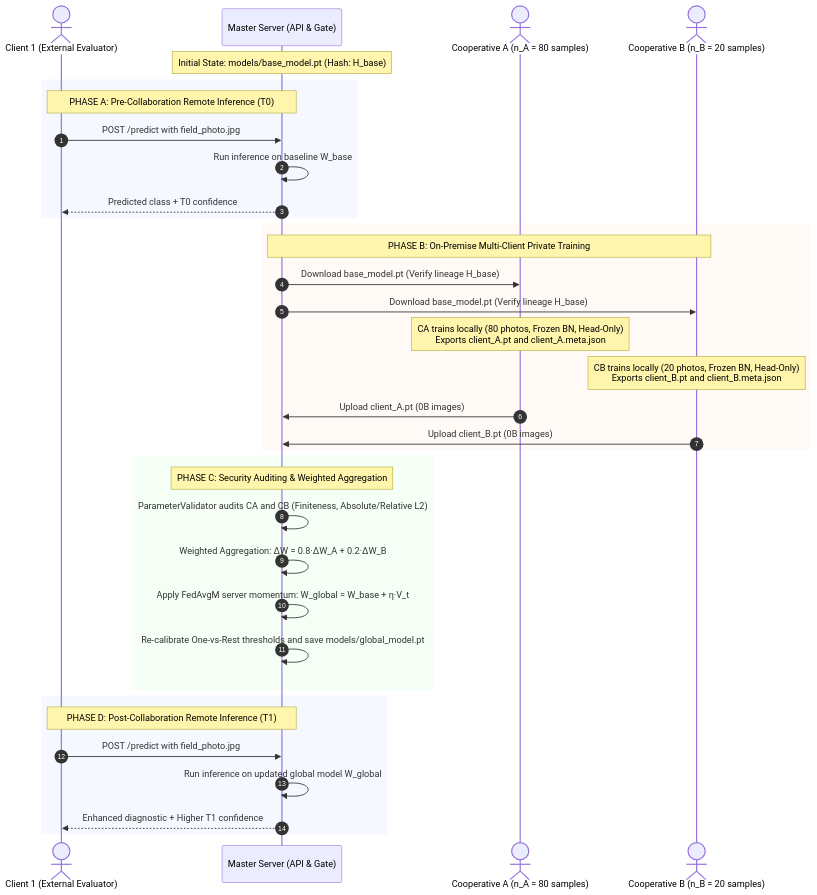
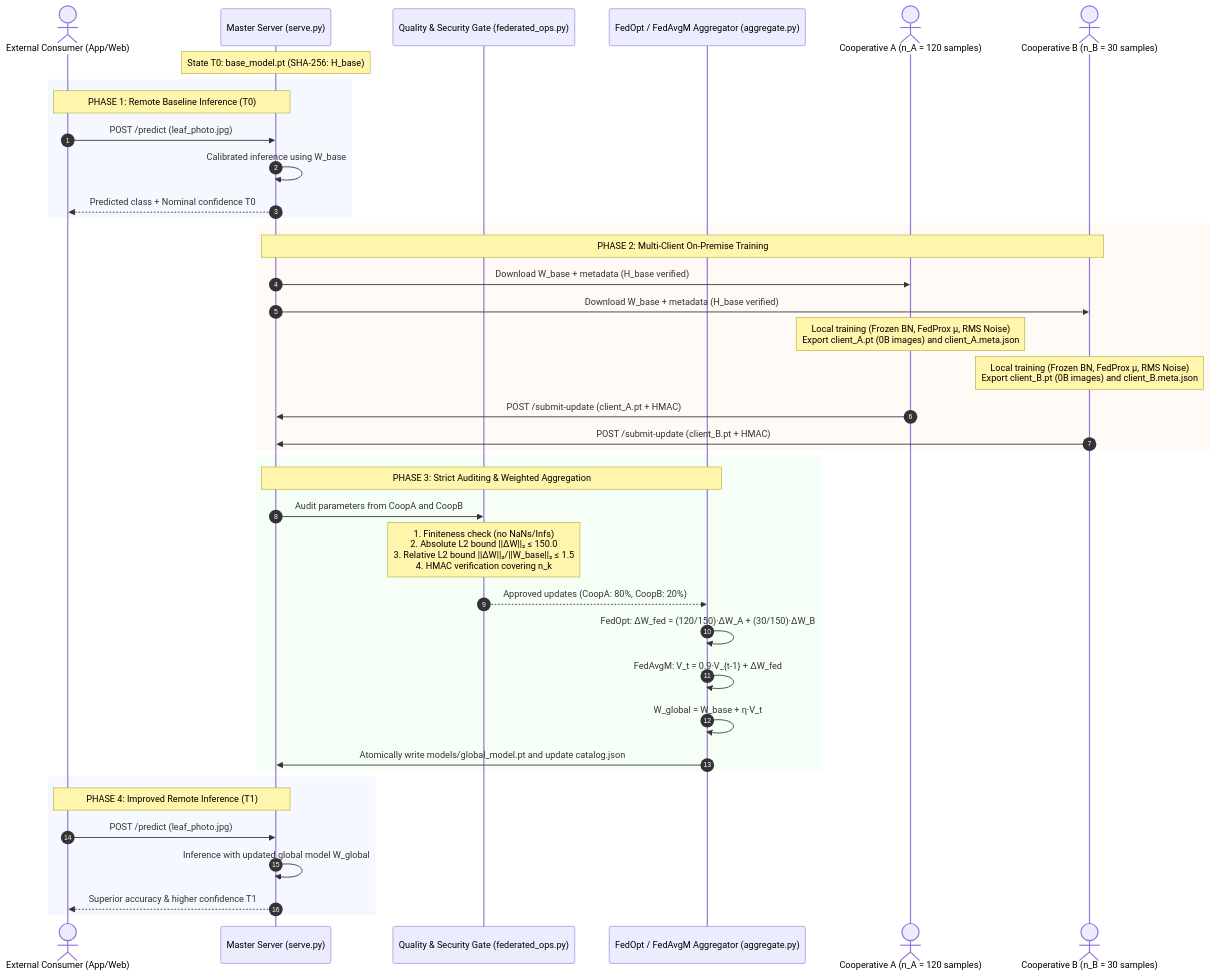
Before and after one commit to Diegodepab/AgriFed-khaos: the fourth of 5 diagrams in docs/architecture.en.md, drawn with Mermaid. The commit also changed other lines of this file and 26 other files, not shown here.

Commit message:
test: add integration test suites for multiplatform FL and update architecture docs

````diff
--- a/docs/architecture.en.md
+++ b/docs/architecture.en.md
@@ -168,42 +191,47 @@
 ```mermaid
 sequenceDiagram
     autonumber
-    actor C1 as Client 1 (External Evaluator)
-    participant Server as Master Server (API & Gate)
-    actor CA as Cooperative A (n_A = 80 samples)
-    actor CB as Cooperative B (n_B = 20 samples)
+    actor C_Ext as External Consumer (App/Web)
+    participant Master as Master Server (serve.py)
+    participant SecGate as Quality & Security Gate (federated_ops.py)
+    participant Aggregator as FedOpt / FedAvgM Aggregator (aggregate.py)
+    actor CoopA as Cooperative A (n_A = 120 samples)
+    actor CoopB as Cooperative B (n_B = 30 samples)
 
-    Note over Server: Initial State: models/base_model.pt (Hash: H_base)
+    Note over Master: State T0: base_model.pt (SHA-256: H_base)
     
     rect rgb(245, 248, 255)
-    Note over C1,Server: PHASE A: Pre-Collaboration Remote Inference (T0)
-    C1->>Server: POST /predict with field_photo.jpg
-    Server->>Server: Run inference on baseline W_base
-    Server-->>C1: Predicted class + T0 confidence
+    Note over C_Ext,Master: PHASE 1: Remote Baseline Inference (T0)
+    C_Ext->>Master: POST /predict (leaf_photo.jpg)
+    Master->>Master: Calibrated inference using W_base
+    Master-->>C_Ext: Predicted class + Nominal confidence T0
     end
 
     rect rgb(255, 250, 245)
-    Note over Server,CB: PHASE B: On-Premise Multi-Client Private Training
-    Server->>CA: Download base_model.pt (Verify lineage H_base)
-    Server->>CB: Download base_model.pt (Verify lineage H_base)
-    Note over CA: CA trains locally (80 photos, Frozen BN, Head-Only)<br/>Exports client_A.pt and client_A.meta.json
-    Note over CB: CB trains locally (20 photos, Frozen BN, Head-Only)<br/>Exports client_B.pt and client_B.meta.json
-    CA->>Server: Upload client_A.pt (0B images)
-    CB->>Server: Upload client_B.pt (0B images)
+    Note over Master,CoopB: PHASE 2: Multi-Client On-Premise Training
+    Master->>CoopA: Download W_base + metadata (H_base verified)
+    Master->>CoopB: Download W_base + metadata (H_base verified)
+    Note over CoopA: Local training (Frozen BN, FedProx μ, RMS Noise)<br/>Export client_A.pt (0B images) and client_A.meta.json
+    Note over CoopB: Local training (Frozen BN, FedProx μ, RMS Noise)<br/>Export client_B.pt (0B images) and client_B.meta.json
+    CoopA->>Master: POST /submit-update (client_A.pt + HMAC)
+    CoopB->>Master: POST /submit-update (client_B.pt + HMAC)
     end
 
     rect rgb(245, 255, 245)
-    Note over Server: PHASE C: Security Auditing & Weighted Aggregation
-    Server->>Server: ParameterValidator audits CA and CB (Finiteness, Absolute/Relative L2)
-    Server->>Server: Weighted Aggregation: ΔW = 0.8·ΔW_A + 0.2·ΔW_B
-    Server->>Server: Apply FedAvgM server momentum: W_global = W_base + η·V_t
-    Server->>Server: Re-calibrate One-vs-Rest thresholds and save models/global_model.pt
+    Note over Master,Aggregator: PHASE 3: Strict Auditing & Weighted Aggregation
+    Master->>SecGate: Audit parameters from CoopA and CoopB
+    Note over SecGate: 1. Finiteness check (no NaNs/Infs)<br/>2. Absolute L2 bound ||ΔW||₂ ≤ 150.0<br/>3. Relative L2 bound ||ΔW||₂/||W_base||₂ ≤ 1.5<br/>4. HMAC verification covering n_k
+    SecGate-->>Aggregator: Approved updates (CoopA: 80%, CoopB: 20%)
+    Aggregator->>Aggregator: FedOpt: ΔW_fed = (120/150)·ΔW_A + (30/150)·ΔW_B
+    Aggregator->>Aggregator: FedAvgM: V_t = 0.9·V_{t-1} + ΔW_fed
+    Aggregator->>Aggregator: W_global = W_base + η·V_t
+    Aggregator->>Master: Atomically write models/global_model.pt and update catalog.json
     end
 
     rect rgb(245, 248, 255)
-    Note over C1,Server: PHASE D: Post-Collaboration Remote Inference (T1)
-    C1->>Server: POST /predict with field_photo.jpg
-    Server->>Server: Run inference on updated global model W_global
-    Server-->>C1: Enhanced diagnostic + Higher T1 confidence
+    Note over C_Ext,Master: PHASE 4: Improved Remote Inference (T1)
+    C_Ext->>Master: POST /predict (leaf_photo.jpg)
+    Master->>Master: Inference with updated global model W_global
+    Master-->>C_Ext: Superior accuracy & higher confidence T1
     end
 ```
````
